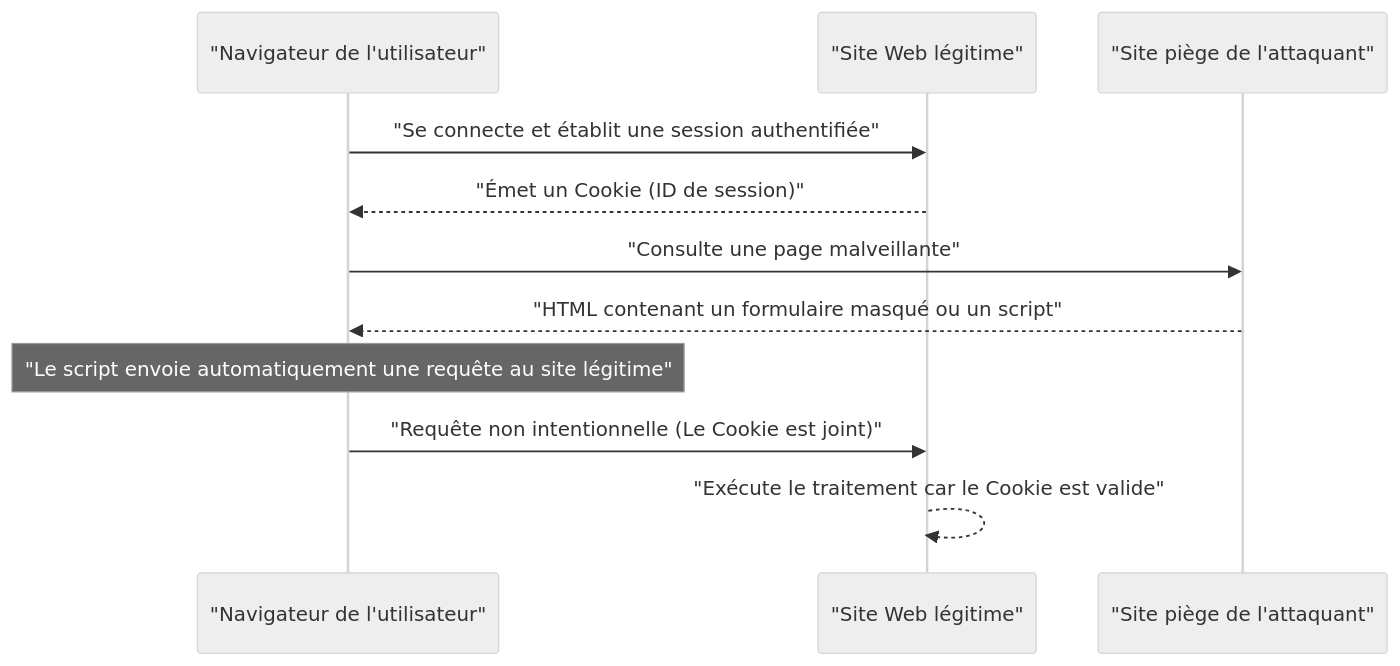
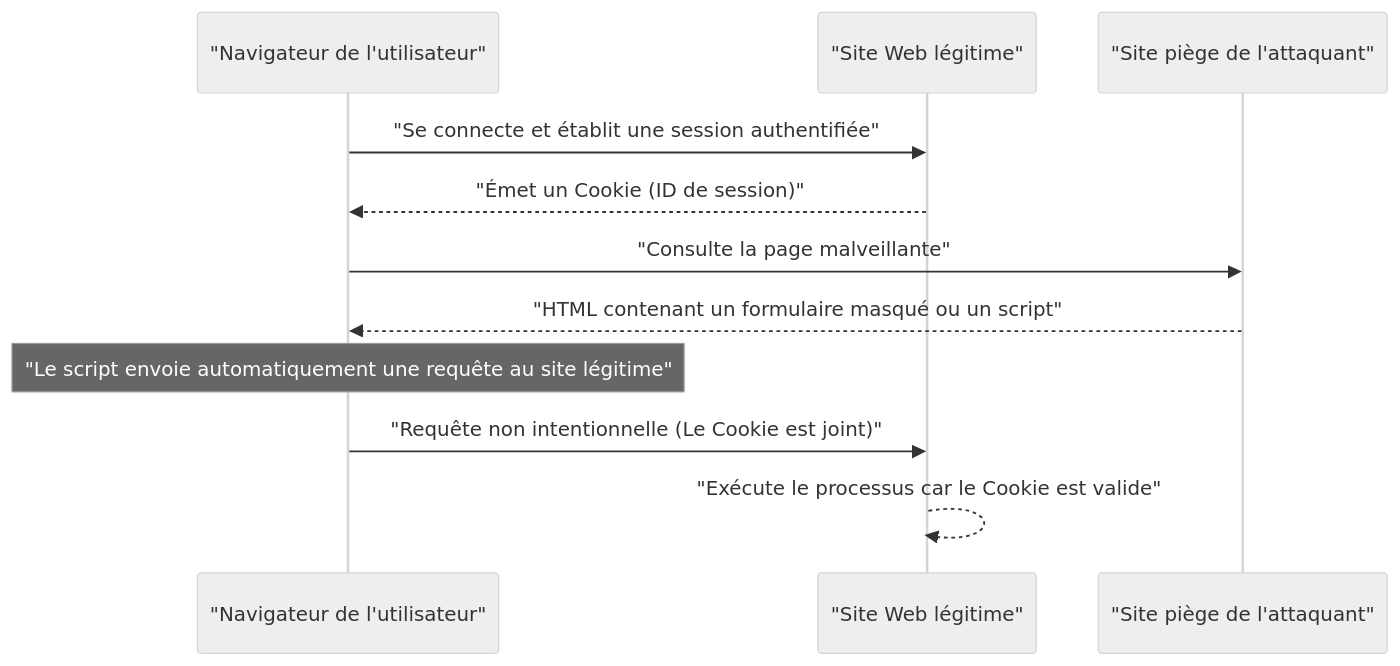
One commit to kenjinote/blog changed the second of 2 diagrams in content/post/web-application-vulnerability-owasp-top-10/index.fr.md. Above: the diagram before and after it, drawn with Mermaid (neutral theme). The commit also changed other lines of this file and 12 other files, not shown here.

````diff
--- a/content/post/web-application-vulnerability-owasp-top-10/index.fr.md
+++ b/content/post/web-application-vulnerability-owasp-top-10/index.fr.md
@@ -232,16 +232,16 @@
 ```mermaid
 sequenceDiagram
     participant "Navigateur de l'utilisateur"
     participant "Site Web légitime"
     participant "Site piège de l'attaquant"
 
     "Navigateur de l'utilisateur"->>"Site Web légitime": "Se connecte et établit une session authentifiée"
     "Site Web légitime"-->>"Navigateur de l'utilisateur": "Émet un Cookie (ID de session)"
     
-    "Navigateur de l'utilisateur"->>"Site piège de l'attaquant": "Consulte une page malveillante"
+    "Navigateur de l'utilisateur"->>"Site piège de l'attaquant": "Consulte la page malveillante"
     "Site piège de l'attaquant"-->>"Navigateur de l'utilisateur": "HTML contenant un formulaire masqué ou un script"
     
     Note over "Navigateur de l'utilisateur": "Le script envoie automatiquement une requête au site légitime"
     "Navigateur de l'utilisateur"->>"Site Web légitime": "Requête non intentionnelle (Le Cookie est joint)"
-    "Site Web légitime"-->>"Site Web légitime": "Exécute le traitement car le Cookie est valide"
+    "Site Web légitime"-->>"Site Web légitime": "Exécute le processus car le Cookie est valide"
 ```
````
